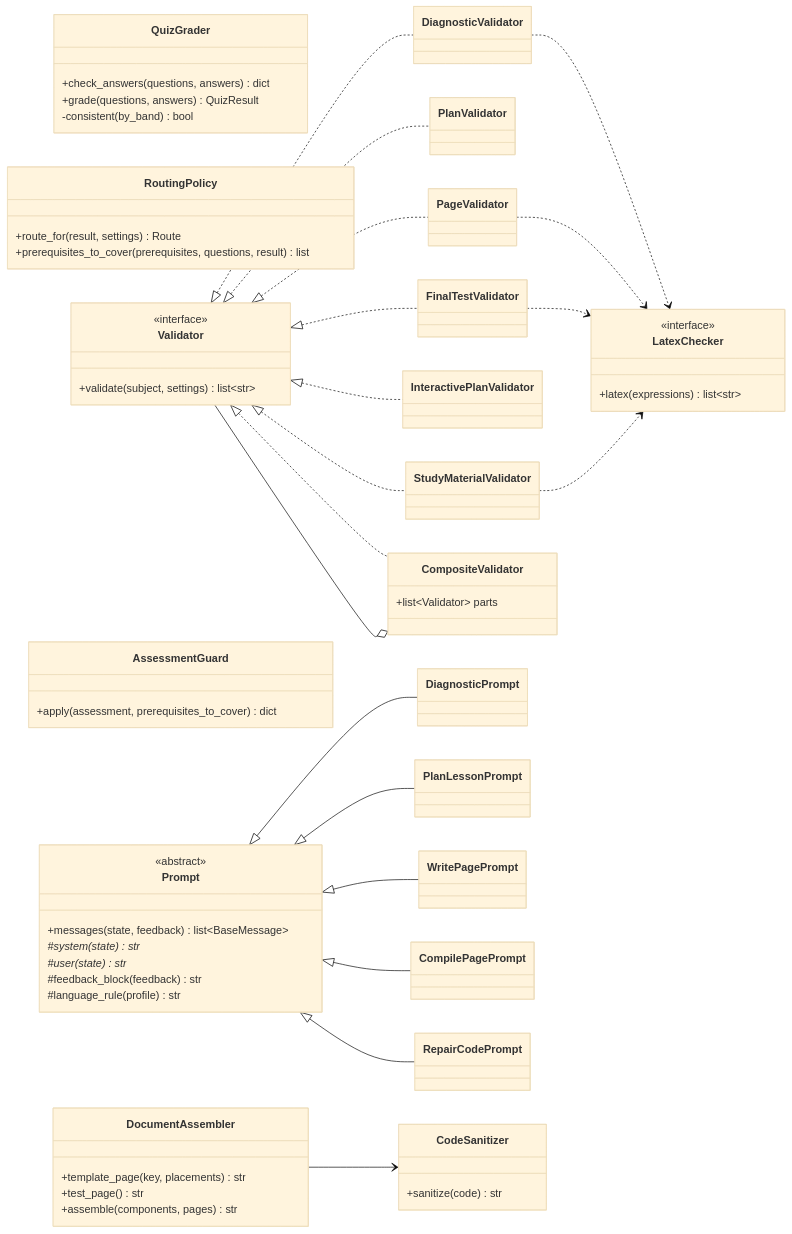
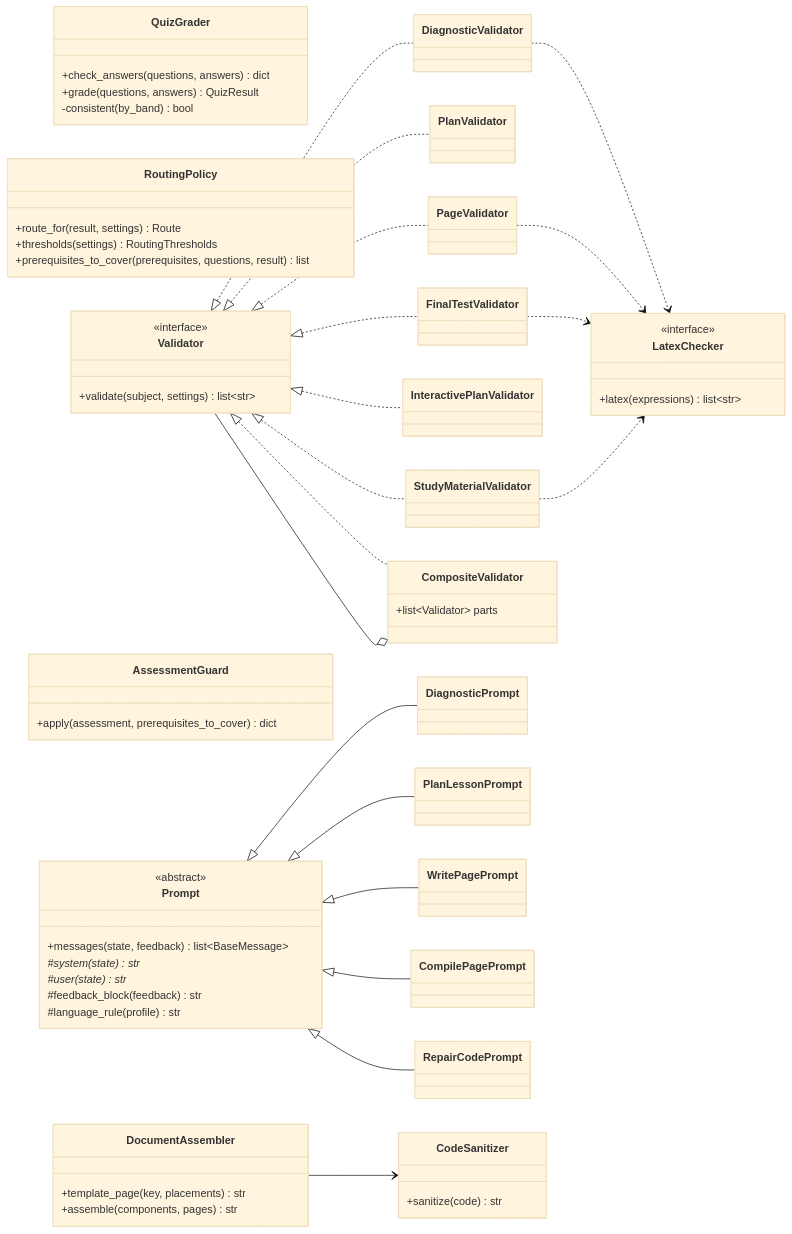
Before and after one commit to Satyamkumarjha4/Intelilearn: the tenth of 19 diagrams in docs/design.md, drawn with Mermaid (base theme). The commit also changed other lines of this file and 12 other files, not shown here.

````diff
--- a/docs/design.md
+++ b/docs/design.md
@@ -863,73 +883,73 @@
 ```mermaid
 classDiagram
     direction LR
     class QuizGrader {
         +check_answers(questions, answers) dict
         +grade(questions, answers) QuizResult
         -consistent(by_band) bool
     }
     class RoutingPolicy {
         +route_for(result, settings) Route
+        +thresholds(settings) RoutingThresholds
         +prerequisites_to_cover(prerequisites, questions, result) list
     }
     class Validator {
         <<interface>>
         +validate(subject, settings) list~str~
     }
     class DiagnosticValidator
     class PlanValidator
     class PageValidator
     class FinalTestValidator
     class InteractivePlanValidator
     class StudyMaterialValidator
     class CompositeValidator {
         +list~Validator~ parts
     }
     class LatexChecker {
         <<interface>>
         +latex(expressions) list~str~
     }
     class AssessmentGuard {
         +apply(assessment, prerequisites_to_cover) dict
     }
     class Prompt {
         <<abstract>>
         +messages(state, feedback) list~BaseMessage~
         #system(state)* str
         #user(state)* str
         #feedback_block(feedback) str
         #language_rule(profile) str
     }
     class DiagnosticPrompt
     class PlanLessonPrompt
     class WritePagePrompt
     class CompilePagePrompt
     class RepairCodePrompt
     class DocumentAssembler {
         +template_page(key, placements) str
-        +test_page() str
         +assemble(components, pages) str
     }
     class CodeSanitizer {
         +sanitize(code) str
     }
 
     Validator <|.. DiagnosticValidator
     Validator <|.. PlanValidator
     Validator <|.. PageValidator
     Validator <|.. FinalTestValidator
     Validator <|.. InteractivePlanValidator
     Validator <|.. StudyMaterialValidator
     Validator <|.. CompositeValidator
     CompositeValidator o-- Validator
     DiagnosticValidator ..> LatexChecker
     PageValidator ..> LatexChecker
     FinalTestValidator ..> LatexChecker
     StudyMaterialValidator ..> LatexChecker
     Prompt <|-- DiagnosticPrompt
     Prompt <|-- PlanLessonPrompt
     Prompt <|-- WritePagePrompt
     Prompt <|-- CompilePagePrompt
     Prompt <|-- RepairCodePrompt
     DocumentAssembler --> CodeSanitizer
 ```
````
